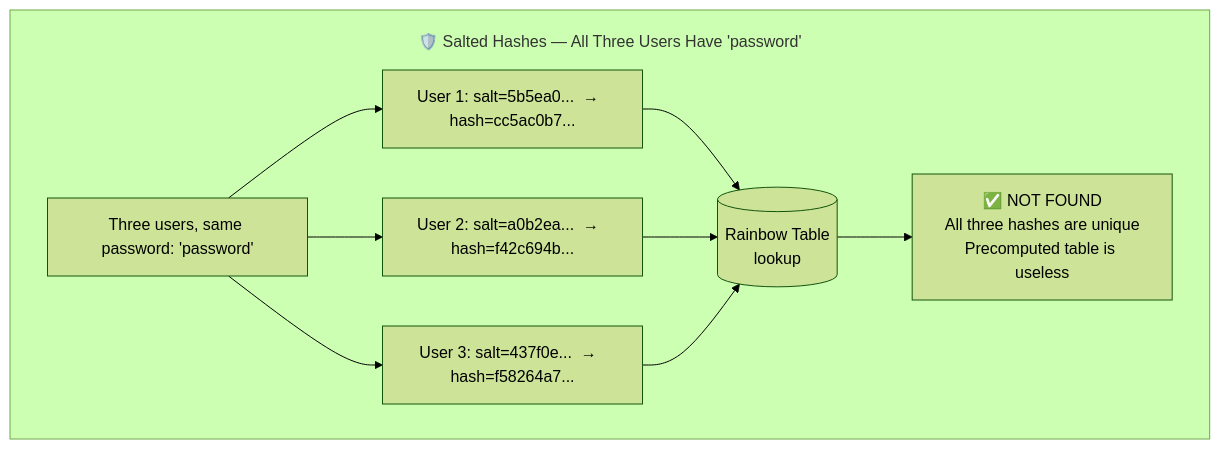
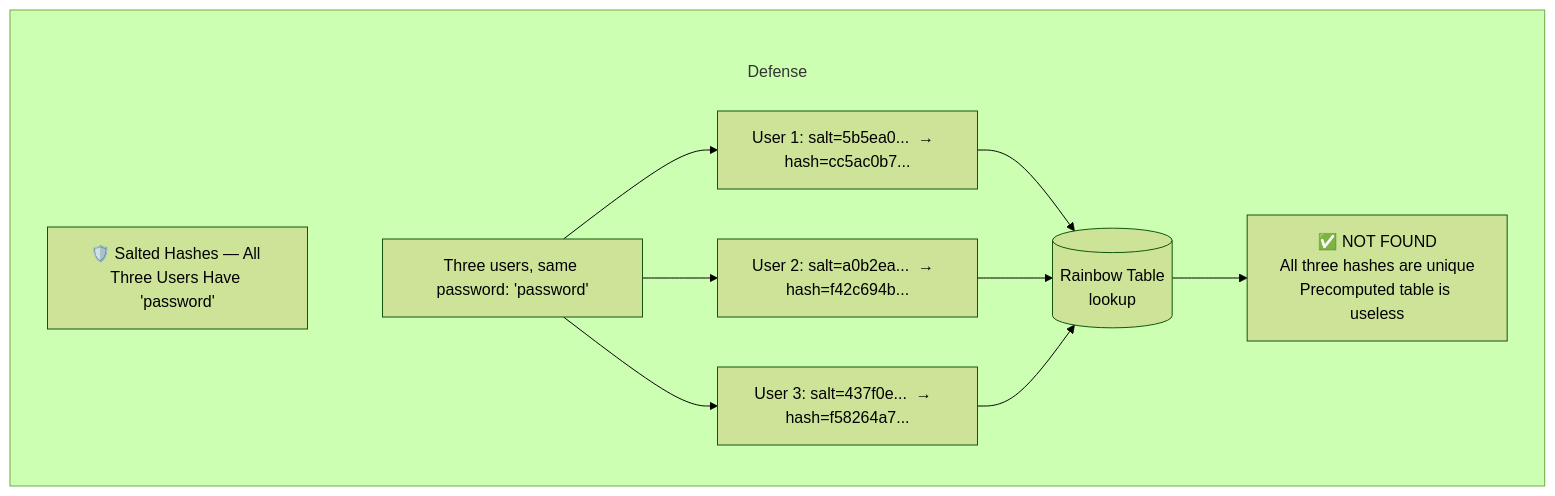
One commit to csoares/SecurityJava changed the eighth of 9 diagrams in src/main/java/security/attacks/README.md. Above: the diagram before and after it, drawn with Mermaid (forest theme). The commit also changed other lines of this file and 11 other files, not shown here.

Commit message:
Fix Mermaid subgraph title overlap by moving labels into title nodes Replace subgraph label syntax (which overlaps first node) with explicit title nodes inside each subgraph, connected via invisible edges (~~~). Also increase subGraphTitleMargin top padding from 20 to 50 for extra space.

````diff
--- a/src/main/java/security/attacks/README.md
+++ b/src/main/java/security/attacks/README.md
@@ -153,13 +167,15 @@
 ```mermaid
-%%{init: {'flowchart': {'subGraphTitleMargin': {'top': 20, 'bottom': 5}}}}%%
+%%{init: {'flowchart': {'subGraphTitleMargin': {'top': 50, 'bottom': 10}}}}%%
 flowchart TD
-    subgraph Defense ["🛡️ Salted Hashes — All Three Users Have 'password'"]
+    subgraph Defense
+        T_Defense["🛡️ Salted Hashes — All Three Users Have 'password'"]
+        T_Defense ~~~ SAME
         SAME["Three users, same password: 'password'"]
         U1["User 1: salt=5b5ea0...  →  hash=cc5ac0b7..."]
         U2["User 2: salt=a0b2ea...  →  hash=f42c694b..."]
         U3["User 3: salt=437f0e...  →  hash=f58264a7..."]
         SAME --> U1 & U2 & U3
         LOOKUP2[("Rainbow Table<br/>lookup")]
         U1 & U2 & U3 --> LOOKUP2 --> NOTFOUND["✅ NOT FOUND<br/>All three hashes are unique<br/>Precomputed table is useless"]
     end
 ```
````
